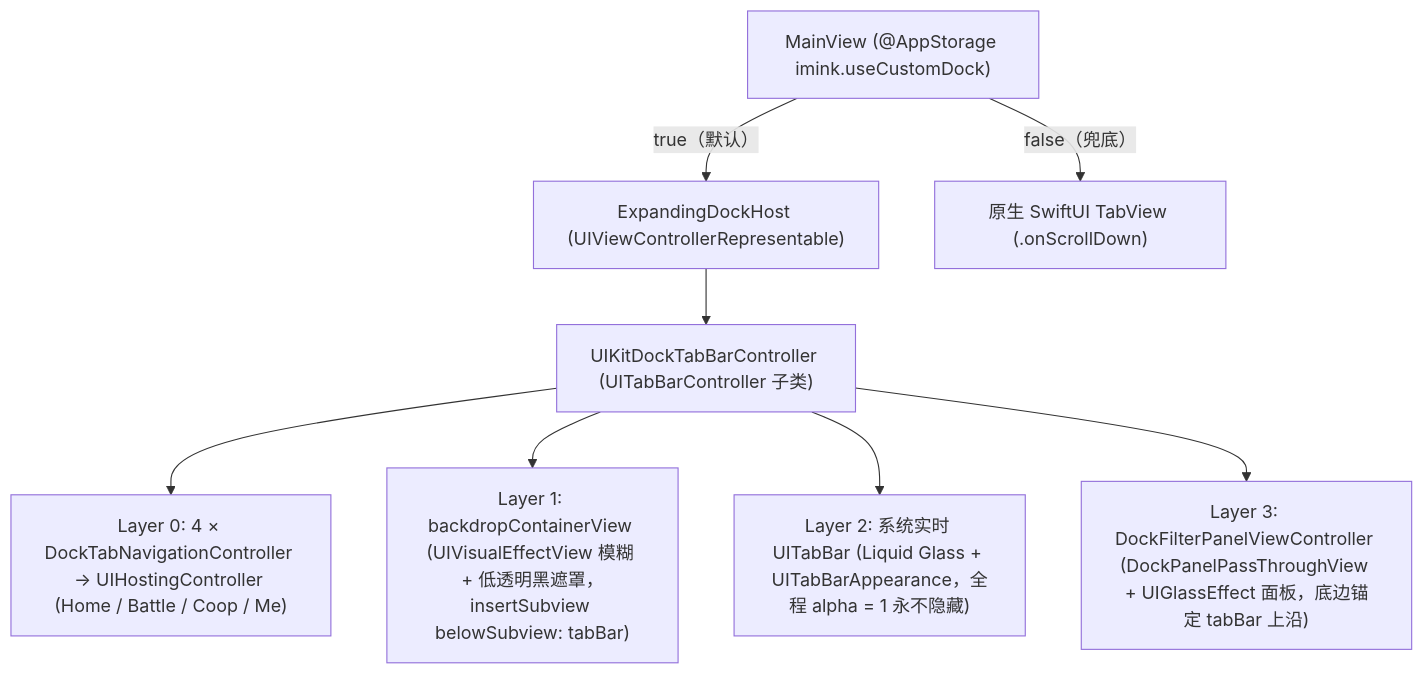
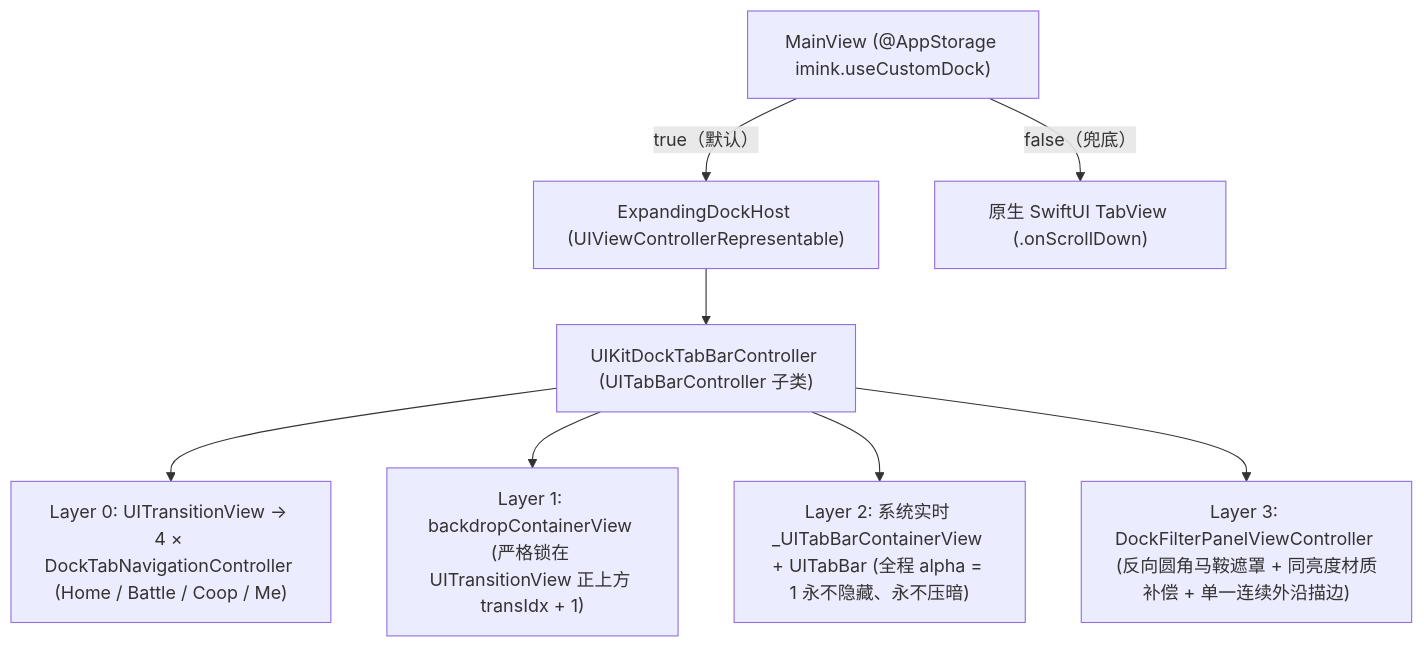
One commit to zifengjiang/imink changed the diagram in DOCK-DESIGN.md. Above: the diagram before and after it, drawn with Mermaid. The commit also changed other lines of this file and 2 other files, not shown here.

First line of the commit message:
feat(dock): fuse filter panel and live UITabBar into single union silhouette

````diff
--- a/DOCK-DESIGN.md
+++ b/DOCK-DESIGN.md
@@ -61,12 +53,12 @@
 ```mermaid
 flowchart TD
     MainView["MainView (@AppStorage imink.useCustomDock)"]
     MainView -->|"true（默认）"| Host["ExpandingDockHost (UIViewControllerRepresentable)"]
     MainView -->|"false（兜底）"| Fallback["原生 SwiftUI TabView (.onScrollDown)"]
 
     Host --> Shell["UIKitDockTabBarController (UITabBarController 子类)"]
-    Shell --> Layer0["Layer 0: 4 × DockTabNavigationController -> UIHostingController (Home / Battle / Coop / Me)"]
-    Shell --> Layer1["Layer 1: backdropContainerView (UIVisualEffectView 模糊 + 低透明黑遮罩，insertSubview belowSubview: tabBar)"]
-    Shell --> Layer2["Layer 2: 系统实时 UITabBar (Liquid Glass + UITabBarAppearance，全程 alpha = 1 永不隐藏)"]
-    Shell --> Layer3["Layer 3: DockFilterPanelViewController (DockPanelPassThroughView + UIGlassEffect 面板，底边锚定 tabBar 上沿)"]
+    Shell --> Layer0["Layer 0: UITransitionView -> 4 × DockTabNavigationController (Home / Battle / Coop / Me)"]
+    Shell --> Layer1["Layer 1: backdropContainerView (严格锁在 UITransitionView 正上方 transIdx + 1)"]
+    Shell --> Layer2["Layer 2: 系统实时 _UITabBarContainerView + UITabBar (全程 alpha = 1 永不隐藏、永不压暗)"]
+    Shell --> Layer3["Layer 3: DockFilterPanelViewController (反向圆角马鞍遮罩 + 同亮度材质补偿 + 单一连续外沿描边)"]
 ```
````
